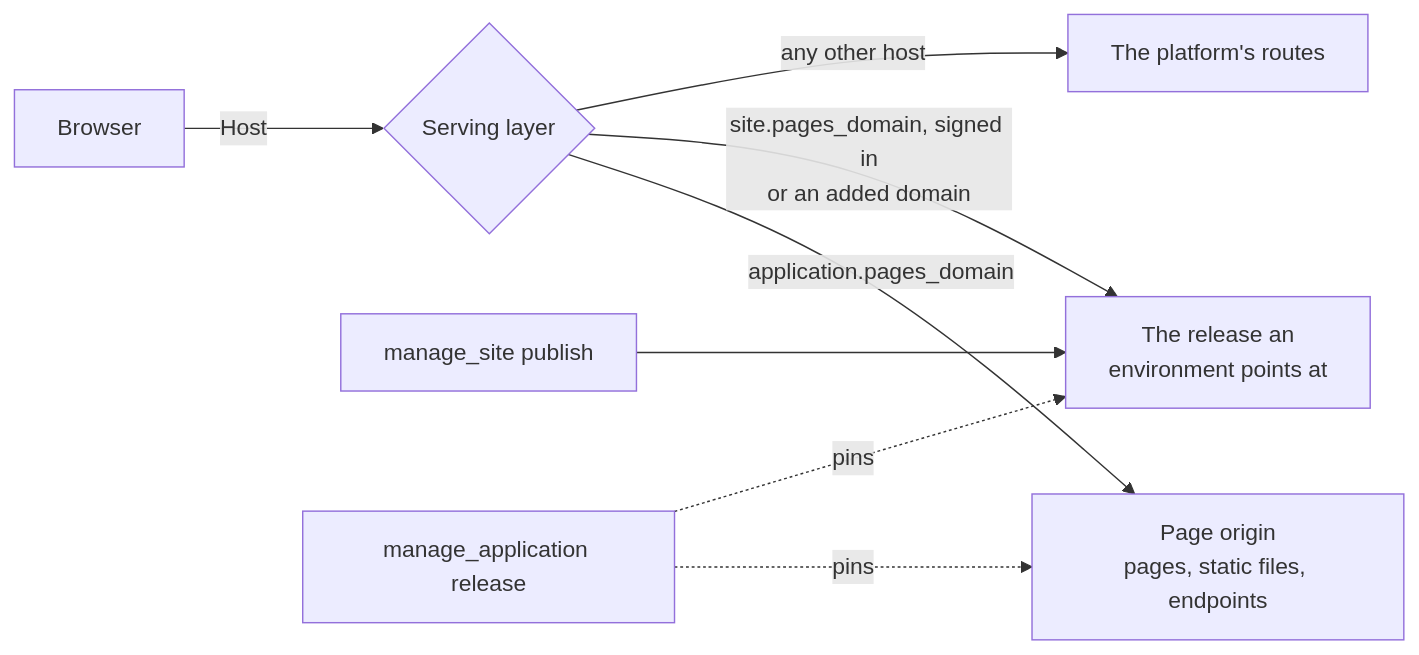
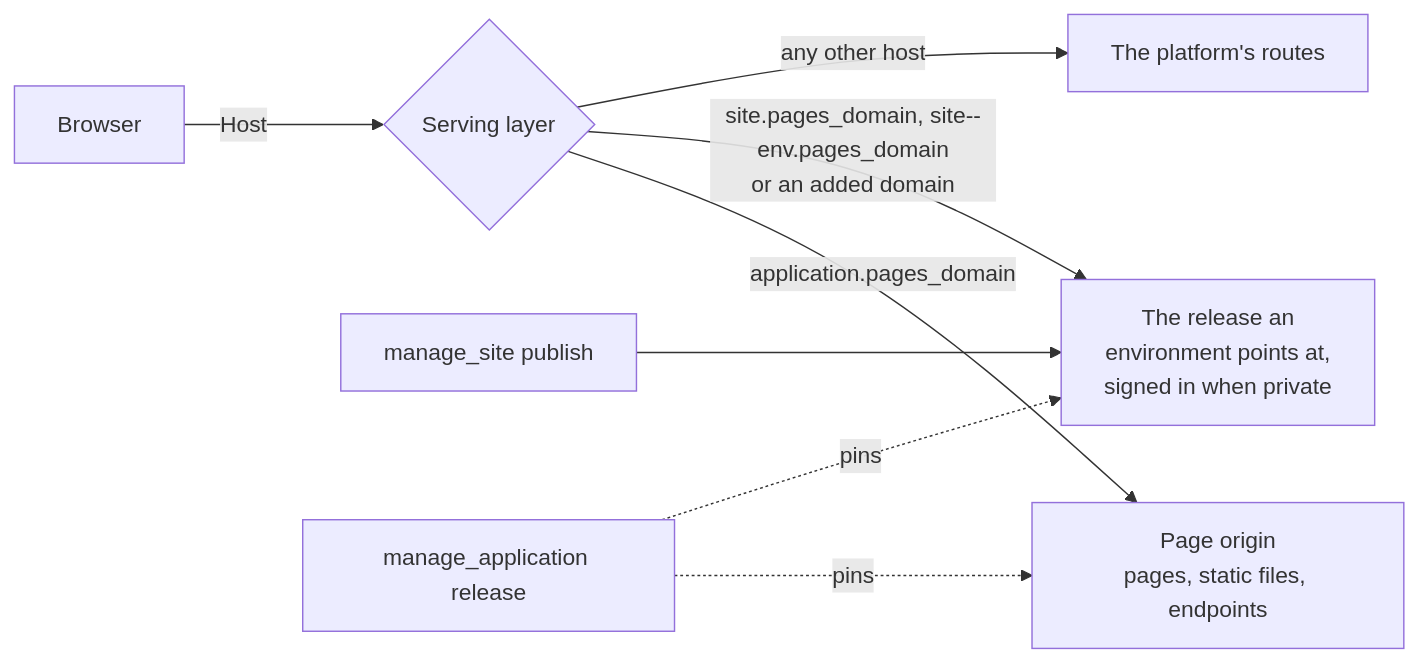
One commit to txn2/mcp-data-platform changed the diagram in internal/platform/knowledgebuiltin/pages/pages-and-sites.md. Above: the diagram before and after it, drawn with Mermaid. The commit also changed other lines of this file and 99 other files, not shown here.

````diff
--- a/internal/platform/knowledgebuiltin/pages/pages-and-sites.md
+++ b/internal/platform/knowledgebuiltin/pages/pages-and-sites.md
@@ -8,9 +8,9 @@
 ```mermaid
 flowchart LR
   B["Browser"] -- "Host" --> G{"Serving layer"}
   G -- "application.pages_domain" --> P["Page origin<br/>pages, static files, endpoints"]
-  G -- "site.pages_domain, signed in<br/>or an added domain" --> R["The release an<br/>environment points at"]
+  G -- "site.pages_domain, site--env.pages_domain<br/>or an added domain" --> R["The release an<br/>environment points at,<br/>signed in when private"]
   G -- "any other host" --> M["The platform's routes"]
   S["manage_site publish"] --> R
   A["manage_application release"] -. "pins" .-> P & R
 ```
````
